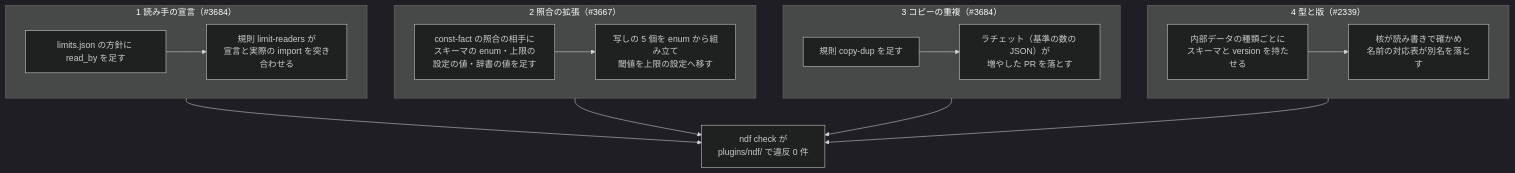
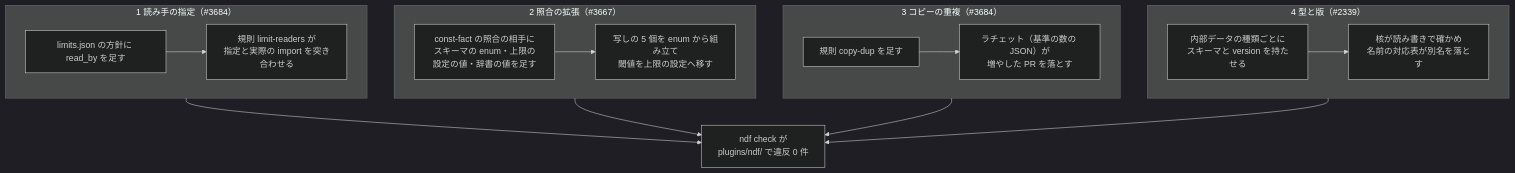
One commit to devbasex/ai-plugins changed the second of 4 diagrams in issues/issue-3684-3667-2339-design.md. Above: the diagram before and after it, drawn with Mermaid (dark theme). The commit also changed other lines of this file and 4 other files, not shown here.

````diff
--- a/issues/issue-3684-3667-2339-design.md
+++ b/issues/issue-3684-3667-2339-design.md
@@ -64,19 +64,19 @@
 ```mermaid
 flowchart TB
-  subgraph A["1 読み手の宣言（#3684）"]
-    A1["limits.json の方針に read_by を足す"] --> A2["規則 limit-readers が<br/>宣言と実際の import を突き合わせる"]
+  subgraph A["1 読み手の指定（#3684）"]
+    A1["limits.json の方針に read_by を足す"] --> A2["規則 limit-readers が<br/>指定と実際の import を突き合わせる"]
   end
   subgraph B["2 照合の拡張（#3667）"]
     B1["const-fact の照合の相手に<br/>スキーマの enum・上限の設定の値・辞書の値を足す"] --> B2["写しの 5 個を enum から組み立て<br/>閾値を上限の設定へ移す"]
   end
   subgraph C["3 コピーの重複（#3684）"]
     C1["規則 copy-dup を足す"] --> C2["ラチェット（基準の数の JSON）が<br/>増やした PR を落とす"]
   end
   subgraph D["4 型と版（#2339）"]
     D1["内部データの種類ごとに<br/>スキーマと version を持たせる"] --> D2["核が読み書きで確かめ<br/>名前の対応表が別名を落とす"]
   end
   A --> E["ndf check が<br/>plugins/ndf/ で違反 0 件"]
   B --> E
   C --> E
   D --> E
 ```
````
